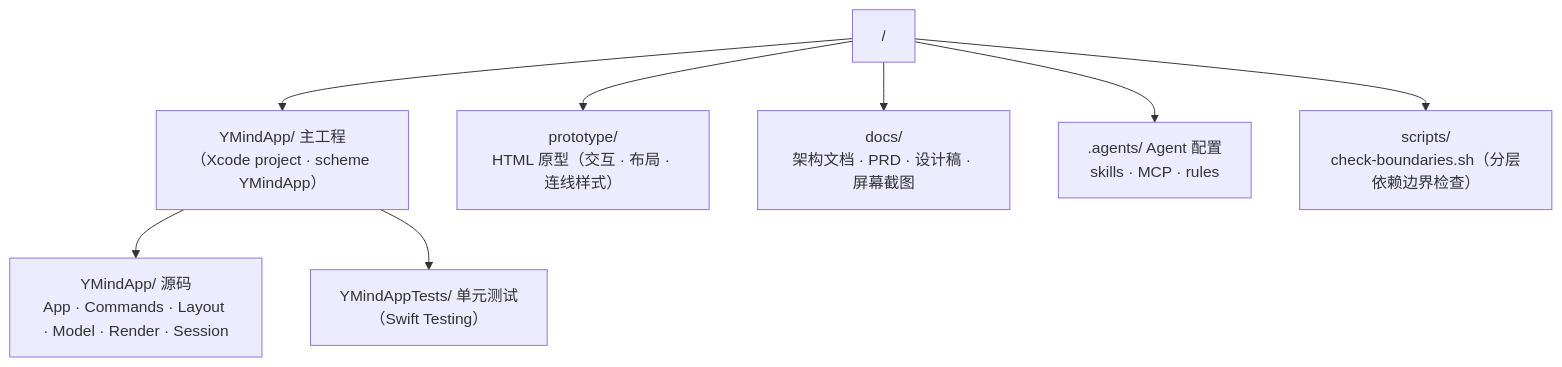
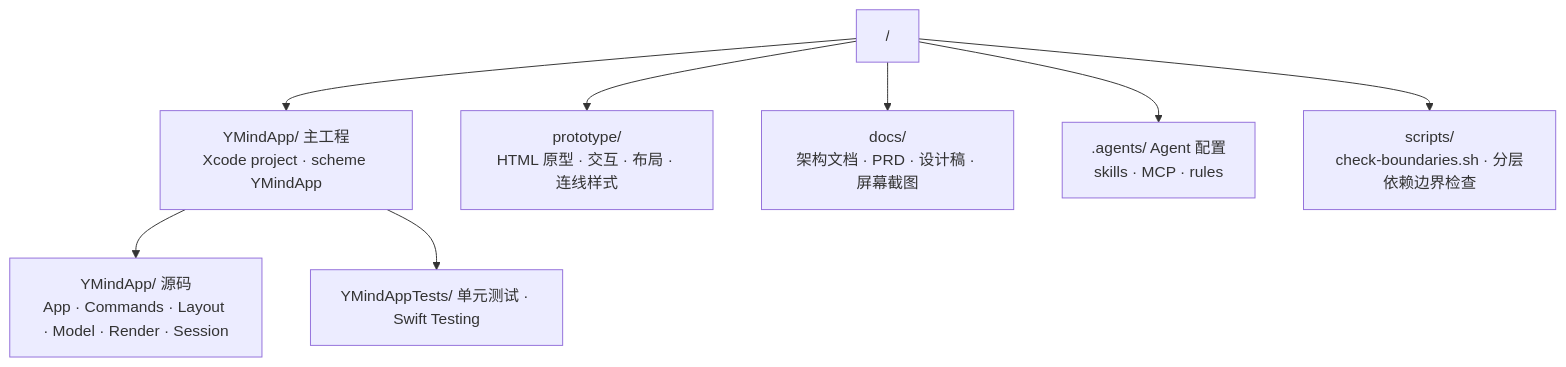
The fourth of 4 diagrams in README.md (LieonShelly/Linva), drawn with Mermaid before and after one commit. The commit also changed other lines of this file, not shown here.

Commit message:
docs(readme): fix mermaid syntax so all 4 architecture diagrams parse and render

````diff
--- a/README.md
+++ b/README.md
@@ -205,10 +205,10 @@
 ```mermaid
 flowchart TD
-    ROOT["/"] --> APP["YMindApp/ 主工程<br/>（Xcode project · scheme YMindApp）"]
+    ROOT["/"] --> APP["YMindApp/ 主工程<br/>Xcode project · scheme YMindApp"]
     APP --> SRC["YMindApp/ 源码<br/>App · Commands · Layout · Model · Render · Session"]
-    APP --> TESTS["YMindAppTests/ 单元测试<br/>（Swift Testing）"]
-    ROOT --> PROTO["prototype/<br/>HTML 原型（交互 · 布局 · 连线样式）"]
+    APP --> TESTS["YMindAppTests/ 单元测试 · Swift Testing"]
+    ROOT --> PROTO["prototype/<br/>HTML 原型 · 交互 · 布局 · 连线样式"]
     ROOT --> DOCS["docs/<br/>架构文档 · PRD · 设计稿 · 屏幕截图"]
     ROOT --> AGENTS[".agents/ Agent 配置<br/>skills · MCP · rules"]
-    ROOT --> SCRIPTS["scripts/<br/>check-boundaries.sh（分层依赖边界检查）"]
+    ROOT --> SCRIPTS["scripts/<br/>check-boundaries.sh · 分层依赖边界检查"]
 ```
````
